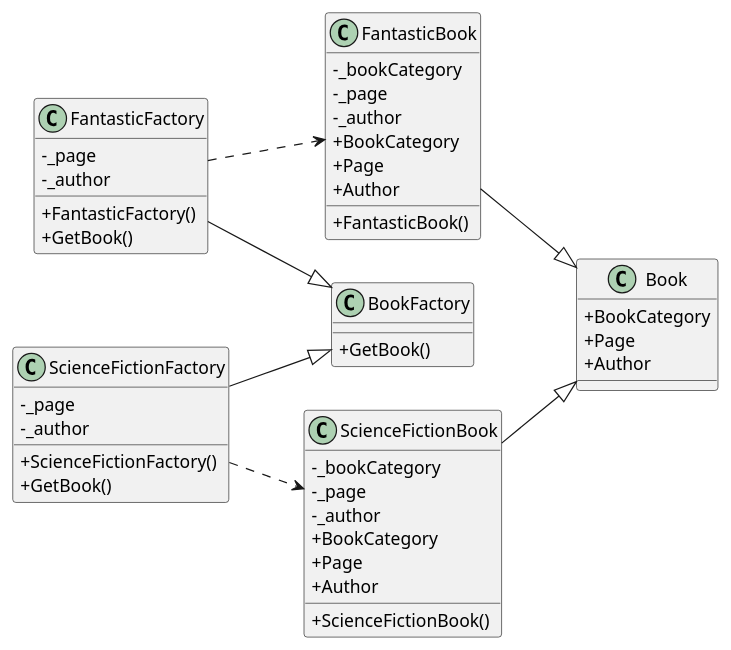
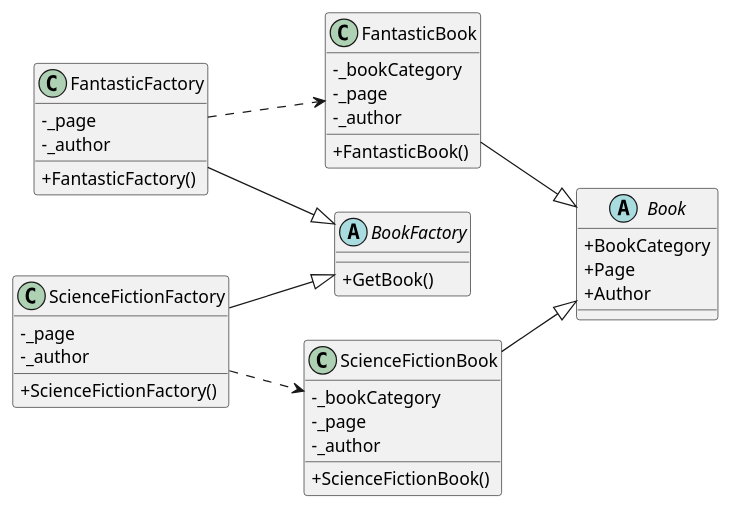
Before and after one commit to recepkaraca/DesignPatternsCourse: the diagram in UML_Class_diagram/factory/Factory.plantuml, drawn with PlantUML. The commit also changed 13 other files, not shown here.

Commit message:
Change singleton uml

```diff
--- a/UML_Class_diagram/factory/Factory.plantuml
+++ b/UML_Class_diagram/factory/Factory.plantuml
@@ -1,58 +1,50 @@
 @startuml scenario_uml
 skinparam classAttributeIconSize 0
 left to right direction
 
-class Book{
+abstract class Book{
     +BookCategory
     +Page
     +Author
 }
 
 class FantasticBook{
     -_bookCategory
     -_page
     -_author
-    +BookCategory
-    +Page
-    +Author
     +FantasticBook()
 }
 
 class ScienceFictionBook{
     -_bookCategory
     -_page
     -_author
-    +BookCategory
-    +Page
-    +Author
     +ScienceFictionBook()
 }
 
-class BookFactory{
+abstract class BookFactory{
     +GetBook()
 }
 
 class FantasticFactory{
     -_page
     -_author
     +FantasticFactory()
-    +GetBook()
 }
 
 class ScienceFictionFactory{
     -_page
     -_author
     +ScienceFictionFactory()
-    +GetBook()
 }
 
 
 ScienceFictionBook --|> Book
 FantasticBook --|> Book
 ScienceFictionFactory --|> BookFactory
 FantasticFactory --|> BookFactory
 FantasticFactory ..> FantasticBook
 ScienceFictionFactory ..> ScienceFictionBook
 
 
 @enduml
```
